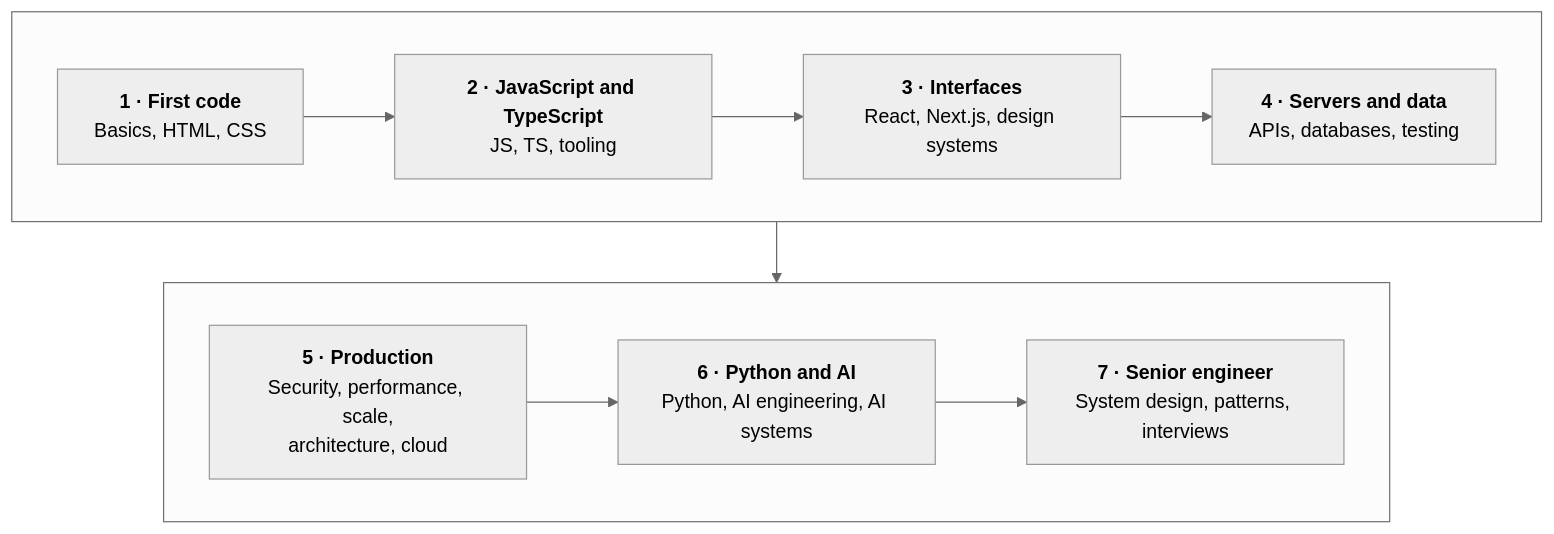
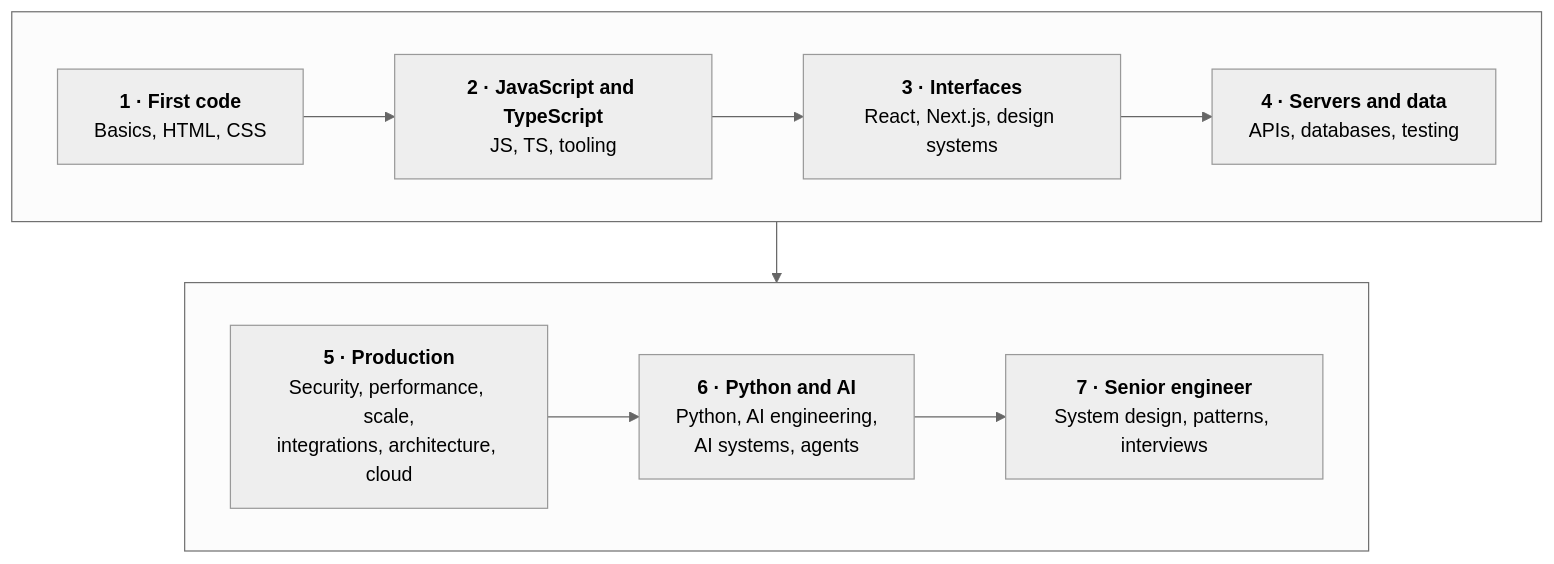
The diagram in README.md (vieanderes/understory), drawn with Mermaid (neutral theme) before and after one commit. The commit also changed other lines of this file, not shown here.

````diff
--- a/README.md
+++ b/README.md
@@ -344,12 +366,12 @@
 ```mermaid
 flowchart TB
   subgraph A[" "]
     direction LR
     P1["<b>1 · First code</b><br/>Basics, HTML, CSS"] --> P2["<b>2 · JavaScript and TypeScript</b><br/>JS, TS, tooling"] --> P3["<b>3 · Interfaces</b><br/>React, Next.js, design systems"] --> P4["<b>4 · Servers and data</b><br/>APIs, databases, testing"]
   end
   subgraph B[" "]
     direction LR
-    P5["<b>5 · Production</b><br/>Security, performance, scale,<br/>architecture, cloud"] --> P6["<b>6 · Python and AI</b><br/>Python, AI engineering, AI systems"] --> P7["<b>7 · Senior engineer</b><br/>System design, patterns, interviews"]
+    P5["<b>5 · Production</b><br/>Security, performance, scale,<br/>integrations, architecture, cloud"] --> P6["<b>6 · Python and AI</b><br/>Python, AI engineering,<br/>AI systems, agents"] --> P7["<b>7 · Senior engineer</b><br/>System design, patterns, interviews"]
   end
   A --> B
 ```
````
